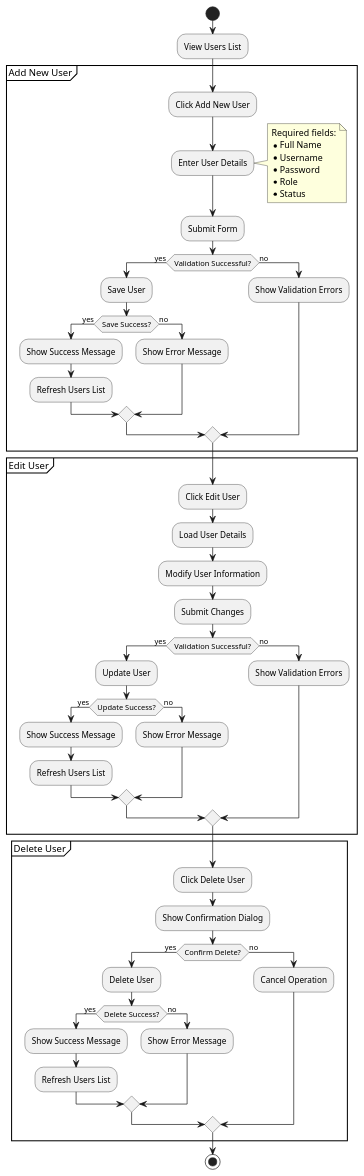
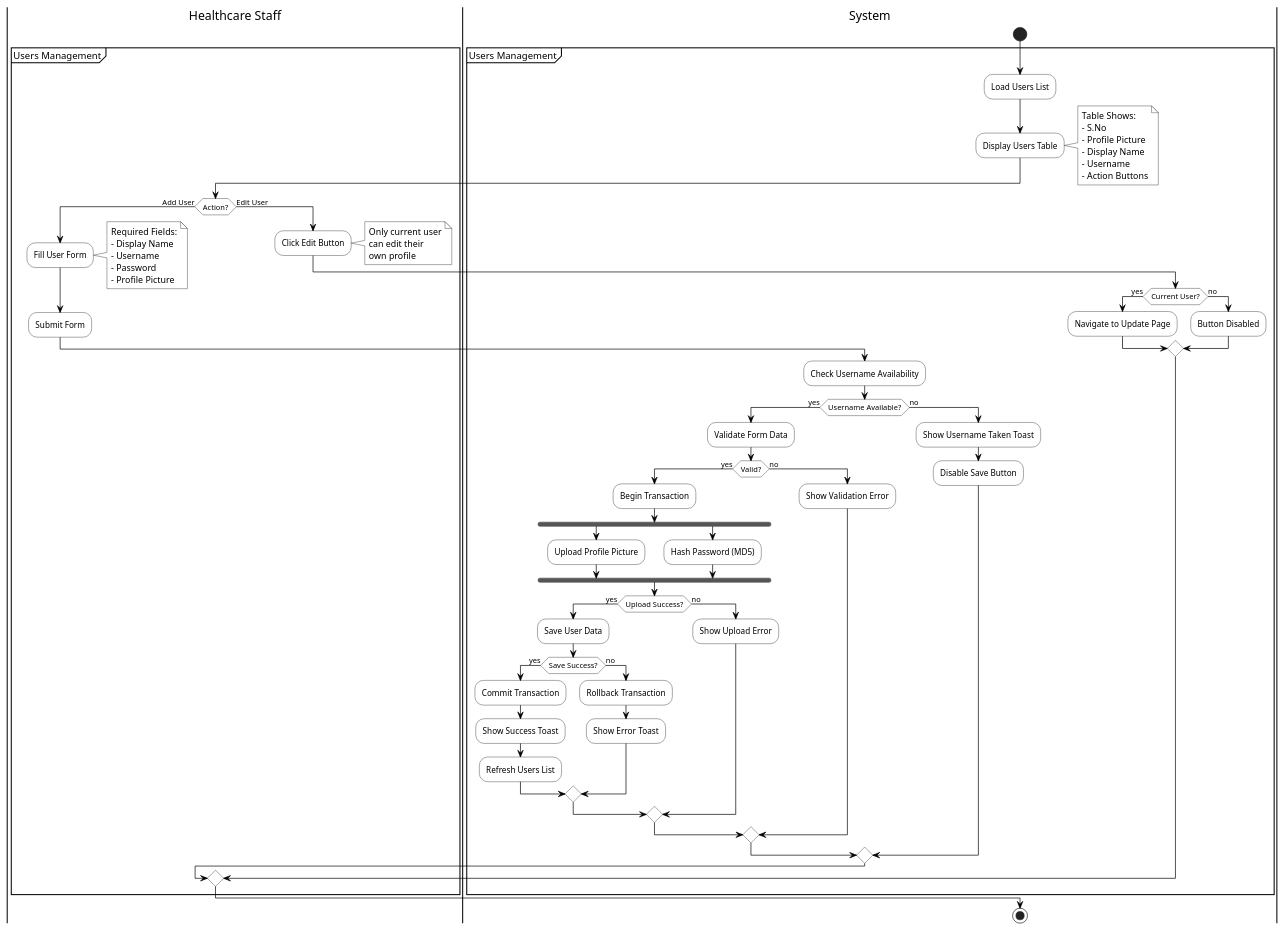
The diagram in dist/diagrams/Activity_Diagrams/users_management.activity.puml (KuroKage-001/Mamatid_MedClinic), drawn with PlantUML before and after one commit. The commit also changed 17 other files, not shown here.

```diff
--- a/dist/diagrams/Activity_Diagrams/users_management.activity.puml
+++ b/dist/diagrams/Activity_Diagrams/users_management.activity.puml
@@ -1,74 +1,96 @@
 @startuml Users Management Activity
+skinparam monochrome true
+skinparam shadowing false
+skinparam ActivityBackgroundColor white
+skinparam ActivityBorderColor black
+skinparam ArrowColor black
+skinparam NoteBackgroundColor white
+skinparam NoteBorderColor black
 
-|Administrator|
+|Healthcare Staff|
+|System|
+
 start
 
-:View Users List;
+partition "Users Management" {
+  |System|
+  :Load Users List;
+  :Display Users Table;
+  note right
+    Table Shows:
+    - S.No
+    - Profile Picture
+    - Display Name
+    - Username
+    - Action Buttons
+  end note
 
-partition "Add New User" {
-  :Click Add New User;
-  :Enter User Details;
-  note right
-    Required fields:
-    * Full Name
-    * Username
-    * Password
-    * Role
-    * Status
-  end note
-  
-  :Submit Form;
-  
-  if (Validation Successful?) then (yes)
-    :Save User;
-    if (Save Success?) then (yes)
-      :Show Success Message;
-      :Refresh Users List;
+  |Healthcare Staff|
+  if (Action?) then (Add User)
+    :Fill User Form;
+    note right
+      Required Fields:
+      - Display Name
+      - Username
+      - Password
+      - Profile Picture
+    end note
+    
+    :Submit Form;
+    
+    |System|
+    :Check Username Availability;
+    
+    if (Username Available?) then (yes)
+      :Validate Form Data;
+      
+      if (Valid?) then (yes)
+        :Begin Transaction;
+        fork
+          :Upload Profile Picture;
+        fork again
+          :Hash Password (MD5);
+        end fork
+        
+        if (Upload Success?) then (yes)
+          :Save User Data;
+          if (Save Success?) then (yes)
+            :Commit Transaction;
+            :Show Success Toast;
+            :Refresh Users List;
+          else (no)
+            :Rollback Transaction;
+            :Show Error Toast;
+          endif
+        else (no)
+          :Show Upload Error;
+        endif
+      else (no)
+        :Show Validation Error;
+      endif
     else (no)
-      :Show Error Message;
+      :Show Username Taken Toast;
+      :Disable Save Button;
     endif
-  else (no)
-    :Show Validation Errors;
-  endif
-}
-
-partition "Edit User" {
-  :Click Edit User;
-  :Load User Details;
-  :Modify User Information;
-  
-  :Submit Changes;
-  
-  if (Validation Successful?) then (yes)
-    :Update User;
-    if (Update Success?) then (yes)
-      :Show Success Message;
-      :Refresh Users List;
+    
+  else (Edit User)
+    |Healthcare Staff|
+    :Click Edit Button;
+    note right
+      Only current user
+      can edit their
+      own profile
+    end note
+    
+    |System|
+    if (Current User?) then (yes)
+      :Navigate to Update Page;
     else (no)
-      :Show Error Message;
+      :Button Disabled;
     endif
-  else (no)
-    :Show Validation Errors;
-  endif
-}
-
-partition "Delete User" {
-  :Click Delete User;
-  :Show Confirmation Dialog;
-  
-  if (Confirm Delete?) then (yes)
-    :Delete User;
-    if (Delete Success?) then (yes)
-      :Show Success Message;
-      :Refresh Users List;
-    else (no)
-      :Show Error Message;
-    endif
-  else (no)
-    :Cancel Operation;
   endif
 }
 
 stop
 
 @enduml 
```
